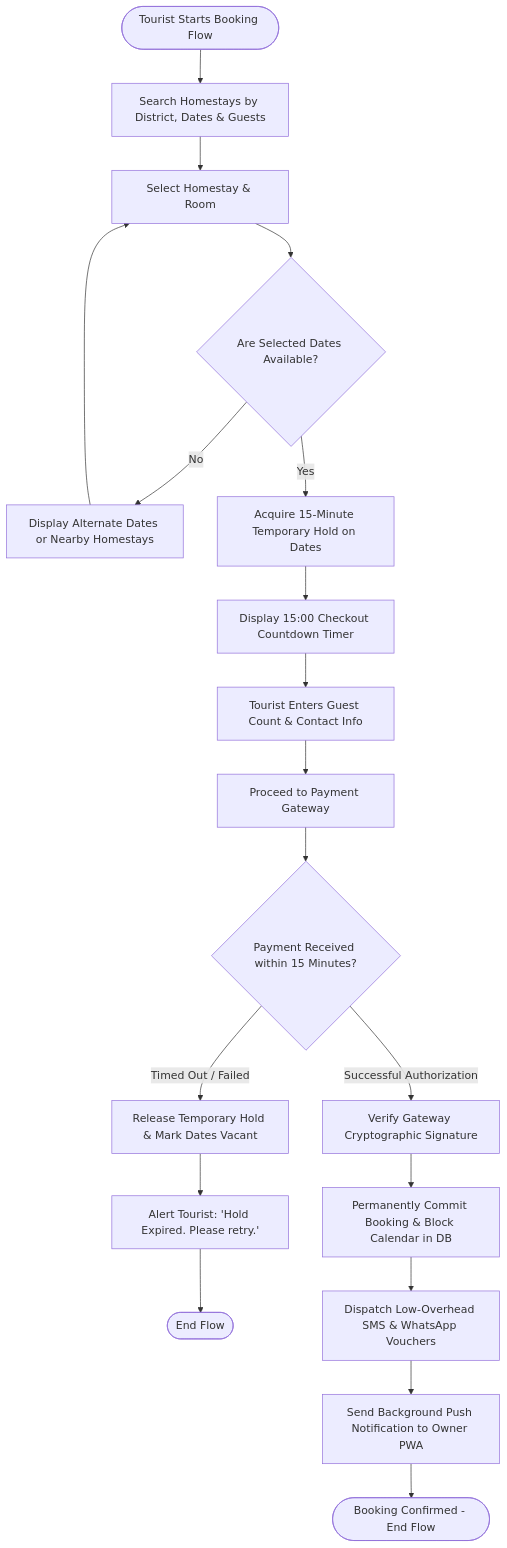
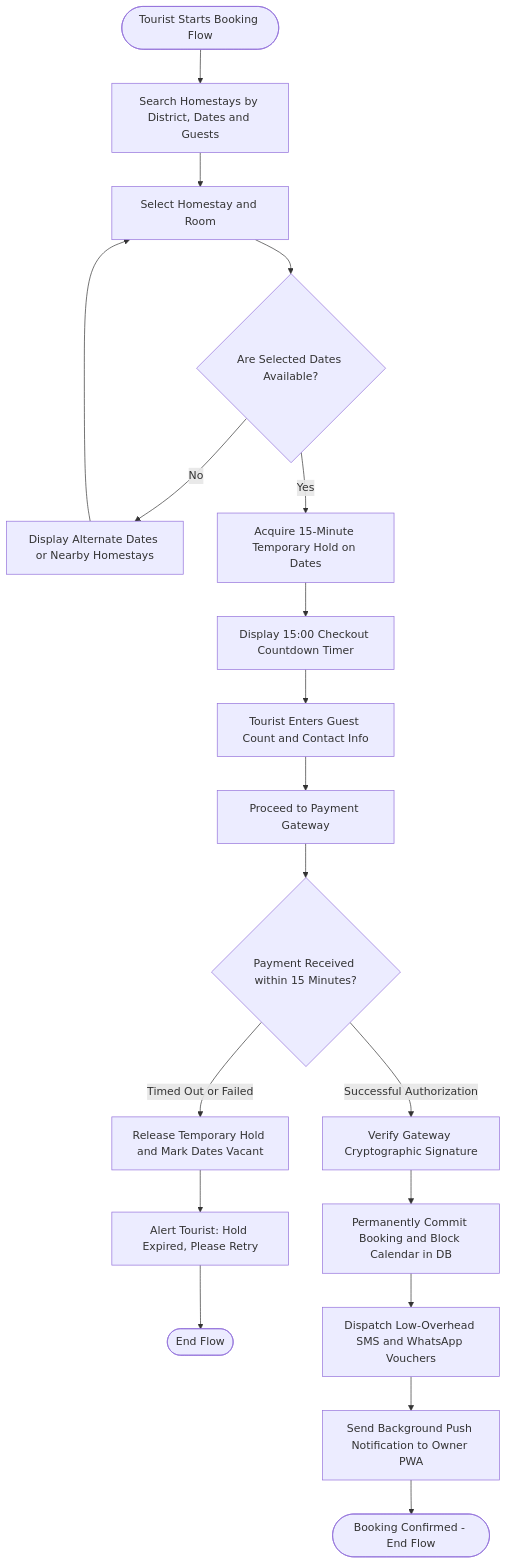
The fifth of 6 diagrams in docs/02_UML_Design_Package.md (MSB-io/HomeStay), drawn with Mermaid before and after one commit. The commit also changed other lines of this file and 3 other files, not shown here.

Commit message:
Fix: ensure 100% compliant Mermaid diagram syntax and universal rendering

````diff
--- a/docs/02_UML_Design_Package.md
+++ b/docs/02_UML_Design_Package.md
@@ -266,26 +267,26 @@
 ```mermaid
 flowchart TD
-    Start([Tourist Starts Booking Flow]) --> Search[Search Homestays by District, Dates & Guests]
-    Search --> Select[Select Homestay & Room]
-    Select --> CheckDates{Are Selected Dates Available?}
+    Start([Tourist Starts Booking Flow]) --> Search["Search Homestays by District, Dates and Guests"]
+    Search --> Select["Select Homestay and Room"]
+    Select --> CheckDates{"Are Selected Dates Available?"}
 
-    CheckDates -- No --> ShowUnavailable[Display Alternate Dates or Nearby Homestays]
+    CheckDates -- No --> ShowUnavailable["Display Alternate Dates or Nearby Homestays"]
     ShowUnavailable --> Select
 
-    CheckDates -- Yes --> AcquireLock[Acquire 15-Minute Temporary Hold on Dates]
-    AcquireLock --> TimerStart[Display 15:00 Checkout Countdown Timer]
-    TimerStart --> EnterDetails[Tourist Enters Guest Count & Contact Info]
-    EnterDetails --> PayAction[Proceed to Payment Gateway]
+    CheckDates -- Yes --> AcquireLock["Acquire 15-Minute Temporary Hold on Dates"]
+    AcquireLock --> TimerStart["Display 15:00 Checkout Countdown Timer"]
+    TimerStart --> EnterDetails["Tourist Enters Guest Count and Contact Info"]
+    EnterDetails --> PayAction["Proceed to Payment Gateway"]
 
-    PayAction --> PaymentWait{Payment Received within 15 Minutes?}
+    PayAction --> PaymentWait{"Payment Received within 15 Minutes?"}
 
-    PaymentWait -- Timed Out / Failed --> ReleaseHold[Release Temporary Hold & Mark Dates Vacant]
-    ReleaseHold --> ShowTimeout[Alert Tourist: 'Hold Expired. Please retry.']
+    PaymentWait -- Timed Out or Failed --> ReleaseHold["Release Temporary Hold and Mark Dates Vacant"]
+    ReleaseHold --> ShowTimeout["Alert Tourist: Hold Expired, Please Retry"]
     ShowTimeout --> EndFail([End Flow])
 
-    PaymentWait -- Successful Authorization --> VerifySig[Verify Gateway Cryptographic Signature]
-    VerifySig --> CommitDB[Permanently Commit Booking & Block Calendar in DB]
-    CommitDB --> DispatchNotifications[Dispatch Low-Overhead SMS & WhatsApp Vouchers]
-    DispatchNotifications --> SyncOwner[Send Background Push Notification to Owner PWA]
+    PaymentWait -- Successful Authorization --> VerifySig["Verify Gateway Cryptographic Signature"]
+    VerifySig --> CommitDB["Permanently Commit Booking and Block Calendar in DB"]
+    CommitDB --> DispatchNotifications["Dispatch Low-Overhead SMS and WhatsApp Vouchers"]
+    DispatchNotifications --> SyncOwner["Send Background Push Notification to Owner PWA"]
     SyncOwner --> EndSuccess([Booking Confirmed - End Flow])
 ```
````
